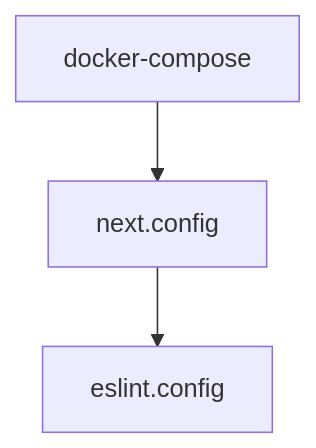
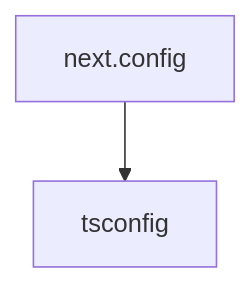
One commit to johnxie/awesome-code-docs changed the diagram in tutorials/onlook-tutorial/01-getting-started.md. Above: the diagram before and after it, drawn with Mermaid. The commit also changed other lines of this file and 1232 other files, not shown here.

````diff
--- a/tutorials/onlook-tutorial/01-getting-started.md
+++ b/tutorials/onlook-tutorial/01-getting-started.md
@@ -131,8 +127,6 @@
 ```mermaid
 flowchart TD
-    A[docker-compose]
-    B[next.config]
-    C[eslint.config]
+    A[next.config]
+    B[tsconfig]
     A --> B
-    B --> C
 ```
````
